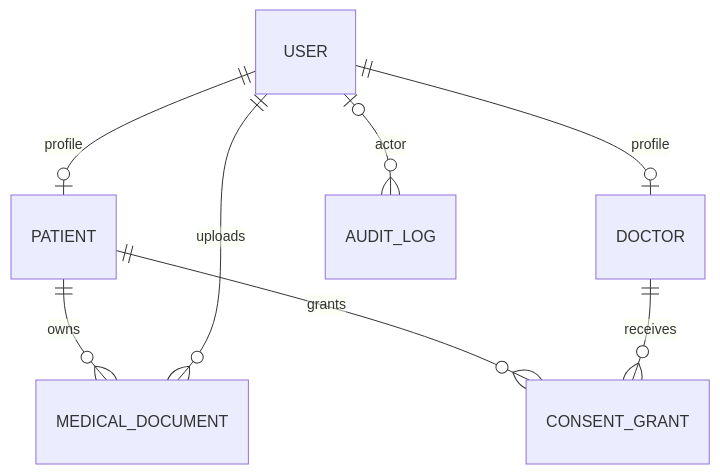
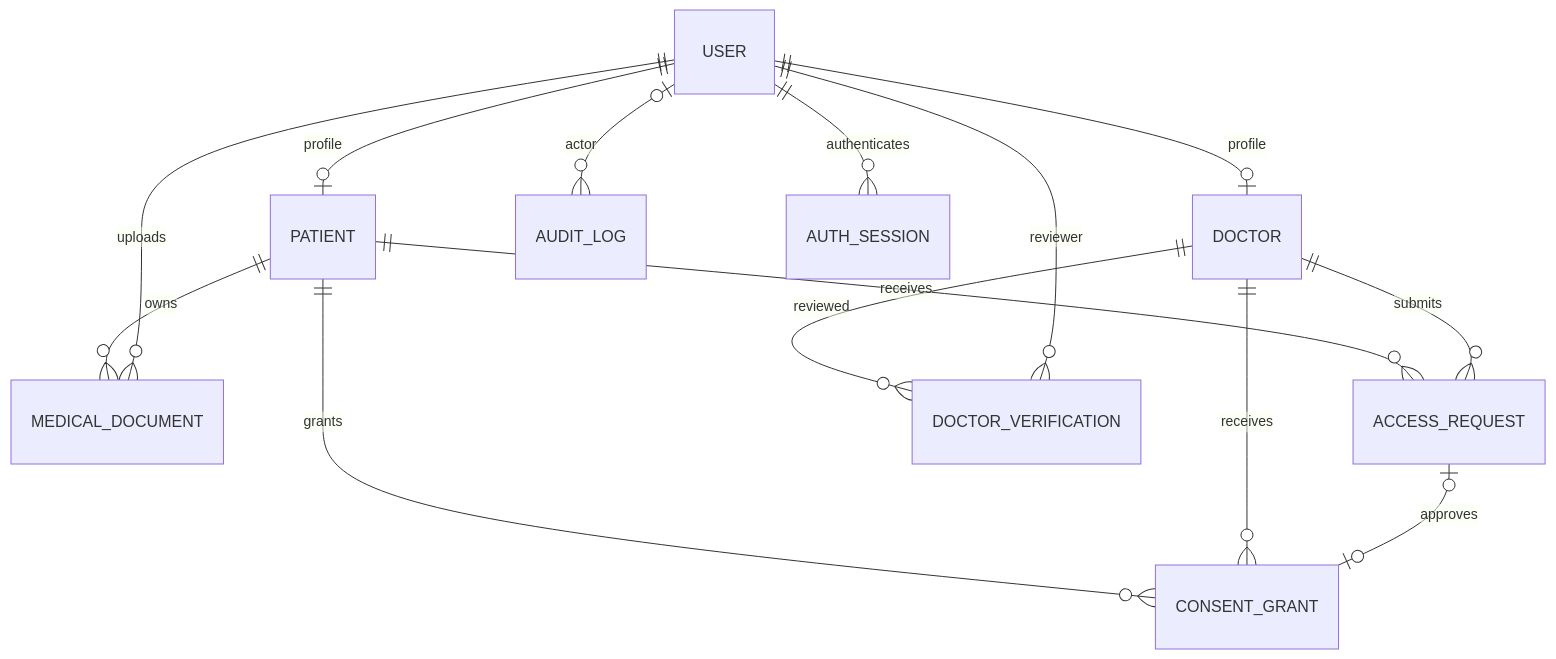
One commit to Tanish3115/CareGap changed the second of 3 diagrams in docs/ARCHITECTURE.md. Above: the diagram before and after it, drawn with Mermaid. The commit also changed other lines of this file and 85 other files, not shown here.

Commit message:
Implement verified patient vault, revocable sessions, scoped consent and tested local stack

````diff
--- a/docs/ARCHITECTURE.md
+++ b/docs/ARCHITECTURE.md
@@ -44,10 +50,16 @@
 ```mermaid
 erDiagram
     USER ||--o| PATIENT : profile
     USER ||--o| DOCTOR : profile
     PATIENT ||--o{ MEDICAL_DOCUMENT : owns
     USER ||--o{ MEDICAL_DOCUMENT : uploads
     PATIENT ||--o{ CONSENT_GRANT : grants
     DOCTOR ||--o{ CONSENT_GRANT : receives
     USER o|--o{ AUDIT_LOG : actor
+    USER ||--o{ AUTH_SESSION : authenticates
+    PATIENT ||--o{ ACCESS_REQUEST : receives
+    DOCTOR ||--o{ ACCESS_REQUEST : submits
+    ACCESS_REQUEST o|--o| CONSENT_GRANT : approves
+    DOCTOR ||--o{ DOCTOR_VERIFICATION : reviewed
+    USER ||--o{ DOCTOR_VERIFICATION : reviewer
 ```
````
